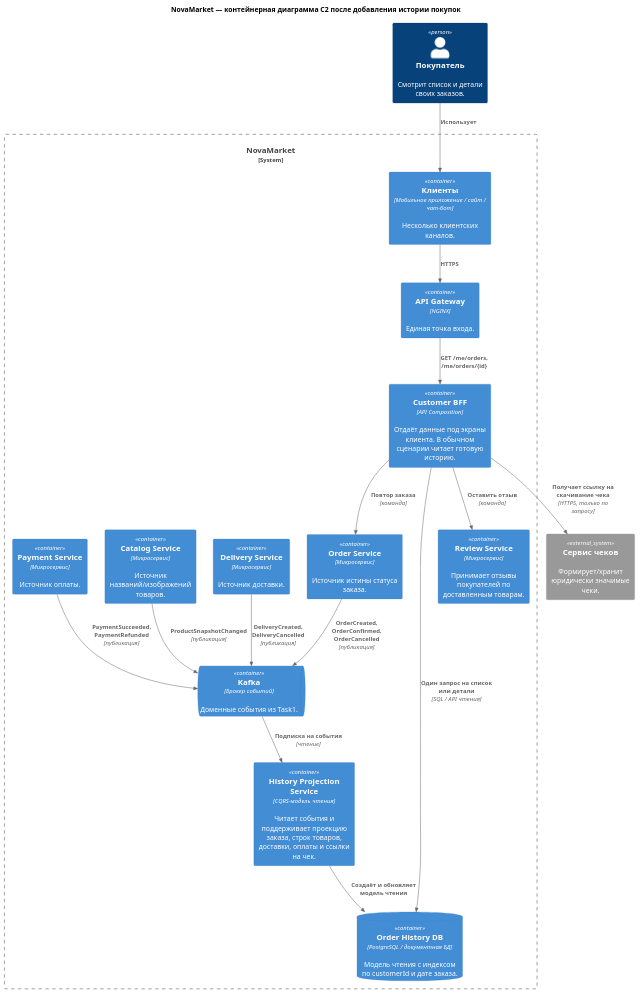
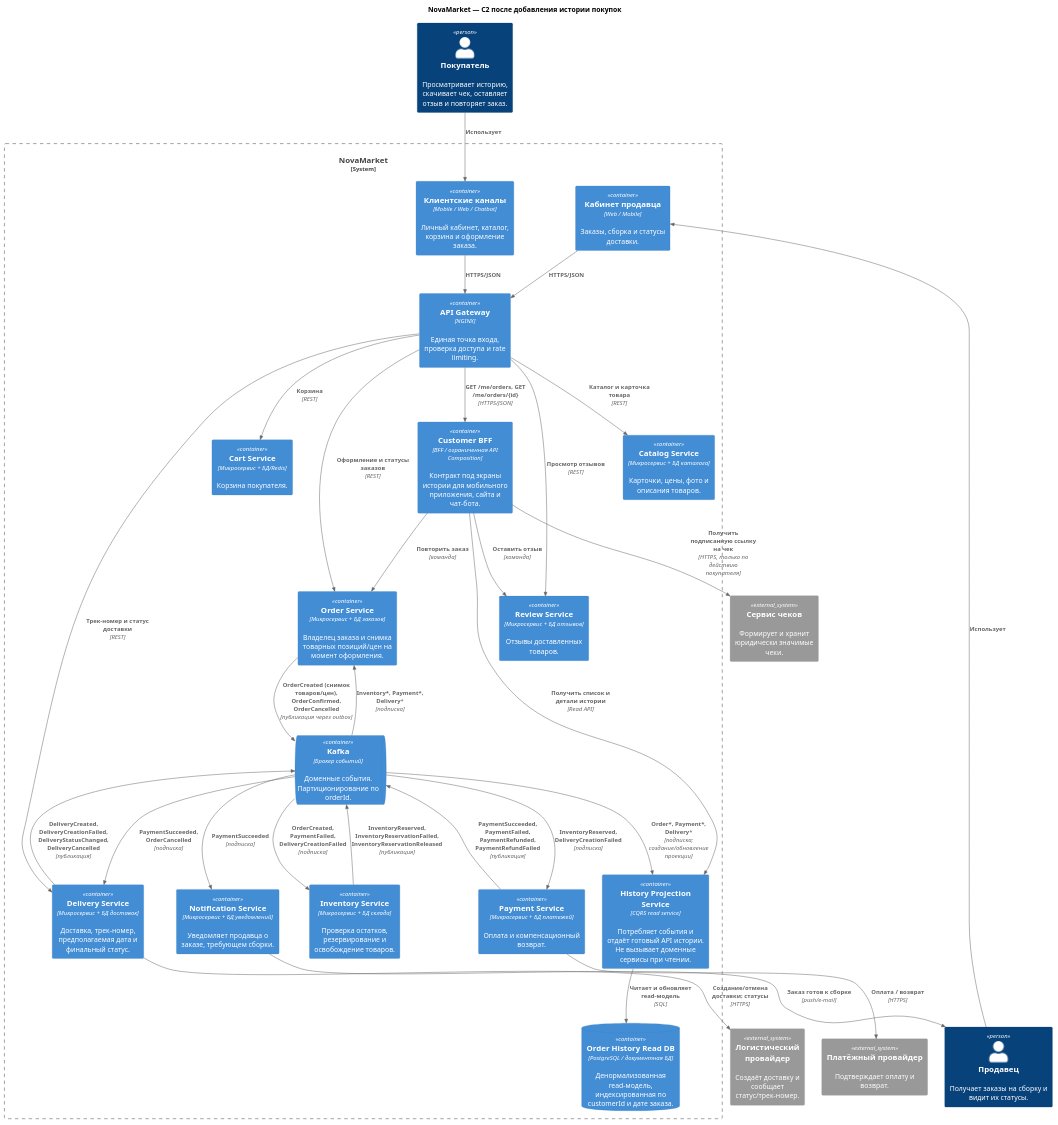
The diagram in Task2/c2-order-history-architecture.puml (FFinn/MSA-3-NovaMarket-v1), drawn with PlantUML before and after one commit.

Commit message:
Refine Task2 CQRS history architecture and ADR requirements

```diff
--- a/Task2/c2-order-history-architecture.puml
+++ b/Task2/c2-order-history-architecture.puml
@@ -1,34 +1,63 @@
 @startuml
 !include <C4/C4_Container>
 LAYOUT_TOP_DOWN()
-title NovaMarket — контейнерная диаграмма C2 после добавления истории покупок
+title NovaMarket — C2 после добавления истории покупок
 
-Person(customer, "Покупатель", "Смотрит список и детали своих заказов.")
-System_Ext(receipt, "Сервис чеков", "Формирует/хранит юридически значимые чеки.")
+Person(customer, "Покупатель", "Просматривает историю, скачивает чек, оставляет отзыв и повторяет заказ.")
+Person(seller, "Продавец", "Получает заказы на сборку и видит их статусы.")
+System_Ext(paymentProvider, "Платёжный провайдер", "Подтверждает оплату и возврат.")
+System_Ext(logisticsProvider, "Логистический провайдер", "Создаёт доставку и сообщает статус/трек-номер.")
+System_Ext(receipt, "Сервис чеков", "Формирует и хранит юридически значимые чеки.")
+
 System_Boundary(novamarket, "NovaMarket") {
- Container(mobile, "Клиенты", "Мобильное приложение / сайт / чат-бот", "Несколько клиентских каналов.")
- Container(gateway, "API Gateway", "NGINX", "Единая точка входа.")
- Container(bff, "Customer BFF", "API Composition", "Отдаёт данные под экраны клиента. В обычном сценарии читает готовую историю.")
- Container(history, "History Projection Service", "CQRS-модель чтения", "Читает события и поддерживает проекцию заказа, строк товаров, доставки, оплаты и ссылки на чек.")
- ContainerDb(historyDb, "Order History DB", "PostgreSQL / документная БД", "Модель чтения с индексом по customerId и дате заказа.")
- ContainerQueue(kafka, "Kafka", "Брокер событий", "Доменные события из Task1.")
- Container(order, "Order Service", "Микросервис", "Источник истины статуса заказа.")
- Container(review, "Review Service", "Микросервис", "Принимает отзывы покупателей по доставленным товарам.")
- Container(catalog, "Catalog Service", "Микросервис", "Источник названий/изображений товаров.")
- Container(payment, "Payment Service", "Микросервис", "Источник оплаты.")
- Container(delivery, "Delivery Service", "Микросервис", "Источник доставки.")
+  Container(customerApp, "Клиентские каналы", "Mobile / Web / Chatbot", "Личный кабинет, каталог, корзина и оформление заказа.")
+  Container(sellerApp, "Кабинет продавца", "Web / Mobile", "Заказы, сборка и статусы доставки.")
+  Container(gateway, "API Gateway", "NGINX", "Единая точка входа, проверка доступа и rate limiting.")
+  Container(bff, "Customer BFF", "BFF / ограниченная API Composition", "Контракт под экраны истории для мобильного приложения, сайта и чат-бота.")
+
+  Container(catalog, "Catalog Service", "Микросервис + БД каталога", "Карточки, цены, фото и описания товаров.")
+  Container(review, "Review Service", "Микросервис + БД отзывов", "Отзывы доставленных товаров.")
+  Container(cart, "Cart Service", "Микросервис + БД/Redis", "Корзина покупателя.")
+  Container(order, "Order Service", "Микросервис + БД заказов", "Владелец заказа и снимка товарных позиций/цен на момент оформления.")
+  Container(inventory, "Inventory Service", "Микросервис + БД склада", "Проверка остатков, резервирование и освобождение товаров.")
+  Container(payment, "Payment Service", "Микросервис + БД платежей", "Оплата и компенсационный возврат.")
+  Container(delivery, "Delivery Service", "Микросервис + БД доставок", "Доставка, трек-номер, предполагаемая дата и финальный статус.")
+  Container(notification, "Notification Service", "Микросервис + БД уведомлений", "Уведомляет продавца о заказе, требующем сборки.")
+
+  Container(history, "History Projection Service", "CQRS read service", "Потребляет события и отдаёт готовый API истории. Не вызывает доменные сервисы при чтении.")
+  ContainerDb(historyDb, "Order History Read DB", "PostgreSQL / документная БД", "Денормализованная read-модель, индексированная по customerId и дате заказа.")
+  ContainerQueue(kafka, "Kafka", "Брокер событий", "Доменные события. Партиционирование по orderId.")
 }
-Rel(customer, mobile, "Использует")
-Rel(mobile, gateway, "HTTPS")
-Rel(gateway, bff, "GET /me/orders, /me/orders/{id}")
-Rel(bff, historyDb, "Один запрос на список или детали", "SQL / API чтения")
-Rel(bff, receipt, "Получает ссылку на скачивание чека", "HTTPS, только по запросу")
-Rel(bff, order, "Повтор заказа", "команда")
+
+Rel(customer, customerApp, "Использует")
+Rel(seller, sellerApp, "Использует")
+Rel(customerApp, gateway, "HTTPS/JSON")
+Rel(sellerApp, gateway, "HTTPS/JSON")
+Rel(gateway, bff, "GET /me/orders, GET /me/orders/{id}", "HTTPS/JSON")
+Rel(bff, history, "Получить список и детали истории", "Read API")
+Rel(history, historyDb, "Читает и обновляет read-модель", "SQL")
+Rel(bff, receipt, "Получить подписанную ссылку на чек", "HTTPS, только по действию покупателя")
+Rel(bff, order, "Повторить заказ", "команда")
 Rel(bff, review, "Оставить отзыв", "команда")
-Rel(order, kafka, "OrderCreated, OrderConfirmed, OrderCancelled", "публикация")
-Rel(payment, kafka, "PaymentSucceeded, PaymentRefunded", "публикация")
-Rel(delivery, kafka, "DeliveryCreated, DeliveryCancelled", "публикация")
-Rel(catalog, kafka, "ProductSnapshotChanged", "публикация")
-Rel(kafka, history, "Подписка на события", "чтение")
-Rel(history, historyDb, "Создаёт и обновляет модель чтения")
+
+Rel(gateway, catalog, "Каталог и карточка товара", "REST")
+Rel(gateway, review, "Просмотр отзывов", "REST")
+Rel(gateway, cart, "Корзина", "REST")
+Rel(gateway, order, "Оформление и статусы заказов", "REST")
+Rel(gateway, delivery, "Трек-номер и статус доставки", "REST")
+
+Rel(order, kafka, "OrderCreated (снимок товаров/цен), OrderConfirmed, OrderCancelled", "публикация через outbox")
+Rel(kafka, inventory, "OrderCreated, PaymentFailed, DeliveryCreationFailed", "подписка")
+Rel(inventory, kafka, "InventoryReserved, InventoryReservationFailed, InventoryReservationReleased", "публикация")
+Rel(kafka, payment, "InventoryReserved, DeliveryCreationFailed", "подписка")
+Rel(payment, paymentProvider, "Оплата / возврат", "HTTPS")
+Rel(payment, kafka, "PaymentSucceeded, PaymentFailed, PaymentRefunded, PaymentRefundFailed", "публикация")
+Rel(kafka, delivery, "PaymentSucceeded, OrderCancelled", "подписка")
+Rel(delivery, logisticsProvider, "Создание/отмена доставки; статусы", "HTTPS")
+Rel(delivery, kafka, "DeliveryCreated, DeliveryCreationFailed, DeliveryStatusChanged, DeliveryCancelled", "публикация")
+Rel(kafka, order, "Inventory*, Payment*, Delivery*", "подписка")
+Rel(kafka, notification, "PaymentSucceeded", "подписка")
+Rel(notification, seller, "Заказ готов к сборке", "push/e-mail")
+
+Rel(kafka, history, "Order*, Payment*, Delivery*", "подписка; создание/обновление проекции")
 @enduml
```
